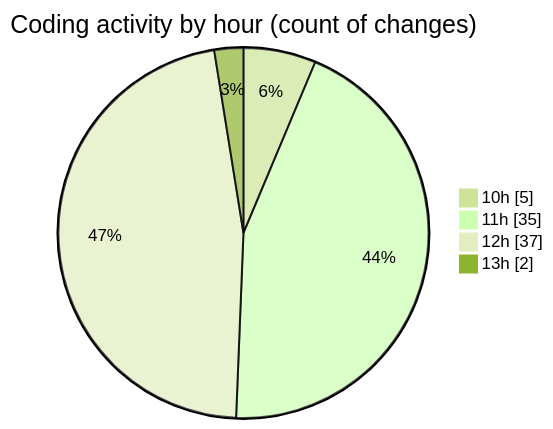
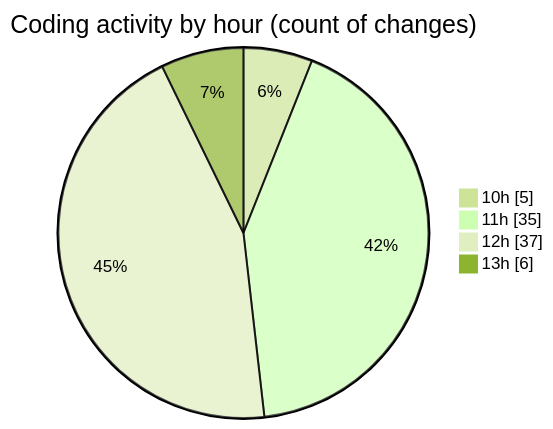
One commit to nxtqubesakshisongat/code-tracking changed the second of 2 diagrams in 2025-09-23/nxtqube_webapp/README.md. Above: the diagram before and after it, drawn with Mermaid (forest theme). The commit also changed other lines of this file and 1 other file, not shown here.

````diff
--- a/2025-09-23/nxtqube_webapp/README.md
+++ b/2025-09-23/nxtqube_webapp/README.md
@@ -32,8 +33,8 @@
 ```mermaid
 pie showData
 title Coding activity by hour (count of changes)
 "10h" : 5
 "11h" : 35
 "12h" : 37
-"13h" : 2
+"13h" : 6
 ```
````
